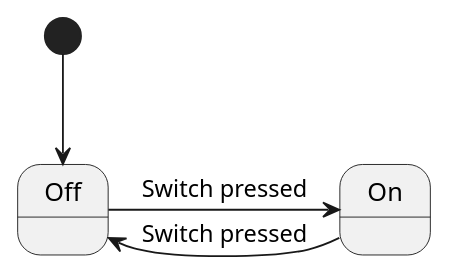
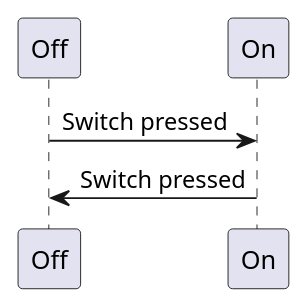
Before and after one commit to emmby/statesmith-simplified: the second of 2 diagrams in docs/languages/javascript.md, drawn with PlantUML. The commit also changed other lines of this file, not shown here.

```diff
--- a/docs/languages/javascript.md
+++ b/docs/languages/javascript.md
@@ -15,5 +19,4 @@
 @startuml
-[*] --> Off
 Off -> On : Switch pressed
 On -> Off : Switch pressed
 @enduml
```
